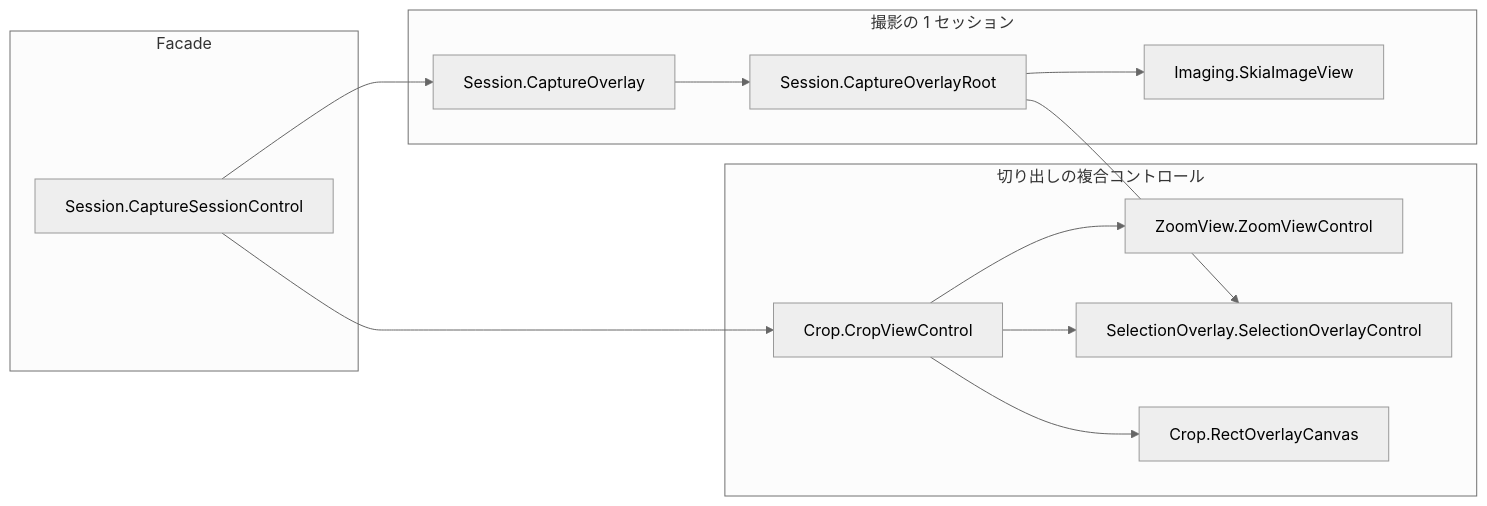
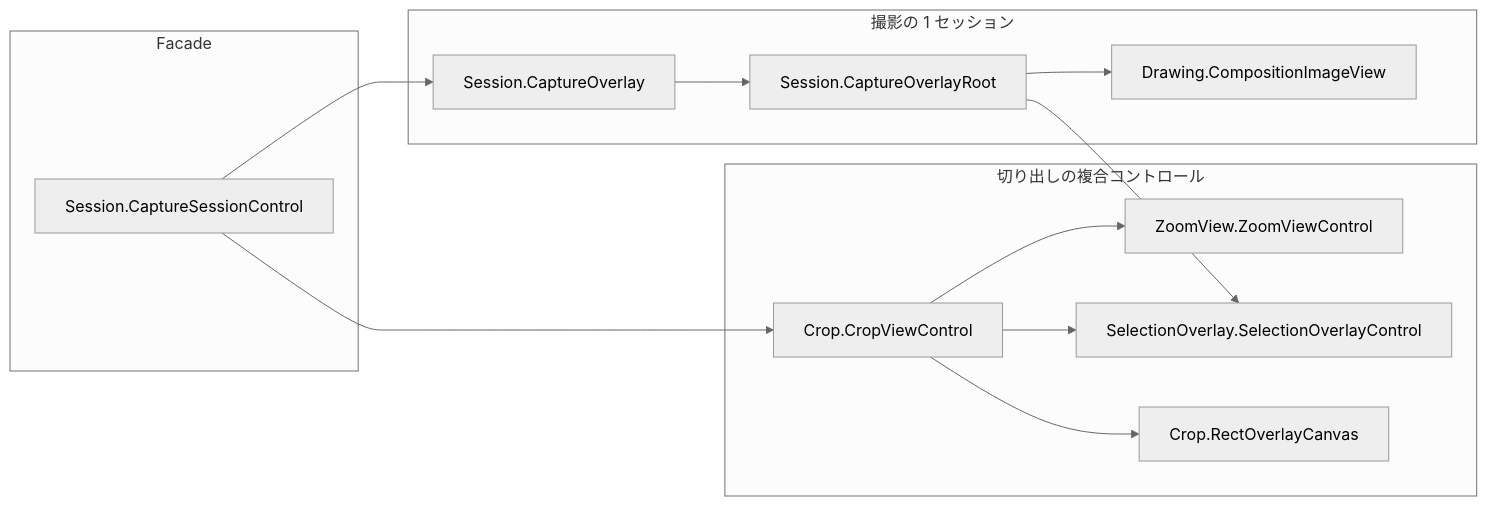
The second of 7 diagrams in src/Parts.CapturePreview.ControlWinUI3/docs/SPEC_System.md (tomokuni/SaveEvidence), drawn with Mermaid (neutral theme) before and after one commit. The commit also changed other lines of this file and 96 other files, not shown here.

First line of the commit message:
WinUI 3 版から SkiaSharp を外し、描画を Composition と XAML の要素へ移す

````diff
--- a/src/Parts.CapturePreview.ControlWinUI3/docs/SPEC_System.md
+++ b/src/Parts.CapturePreview.ControlWinUI3/docs/SPEC_System.md
@@ -63,25 +63,25 @@
 ```mermaid
 flowchart LR
     subgraph Facade["Facade"]
         SESSION["Session.CaptureSessionControl"]
     end
     subgraph Capture["撮影の 1 セッション"]
         OVERLAY["Session.CaptureOverlay"]
         ROOT["Session.CaptureOverlayRoot"]
-        VIEW["Imaging.SkiaImageView"]
+        VIEW["Drawing.CompositionImageView"]
     end
     subgraph Crop["切り出しの複合コントロール"]
         CROPV["Crop.CropViewControl"]
         ZOOM["ZoomView.ZoomViewControl"]
         SELECT["SelectionOverlay.SelectionOverlayControl"]
         RECTS["Crop.RectOverlayCanvas"]
     end
     SESSION --> OVERLAY
     SESSION --> CROPV
     OVERLAY --> ROOT
     ROOT --> VIEW
     ROOT --> SELECT
     CROPV --> ZOOM
     CROPV --> SELECT
     CROPV --> RECTS
 ```
````
